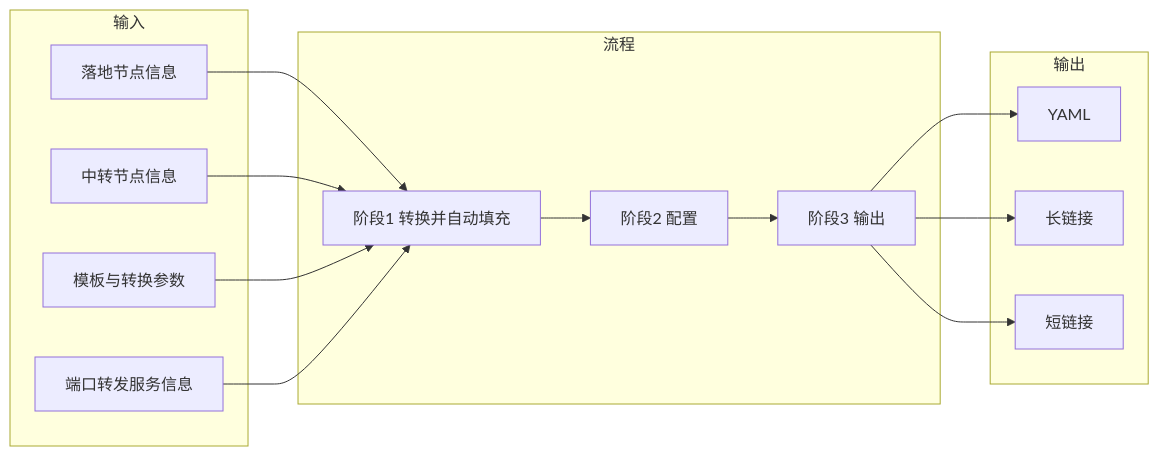
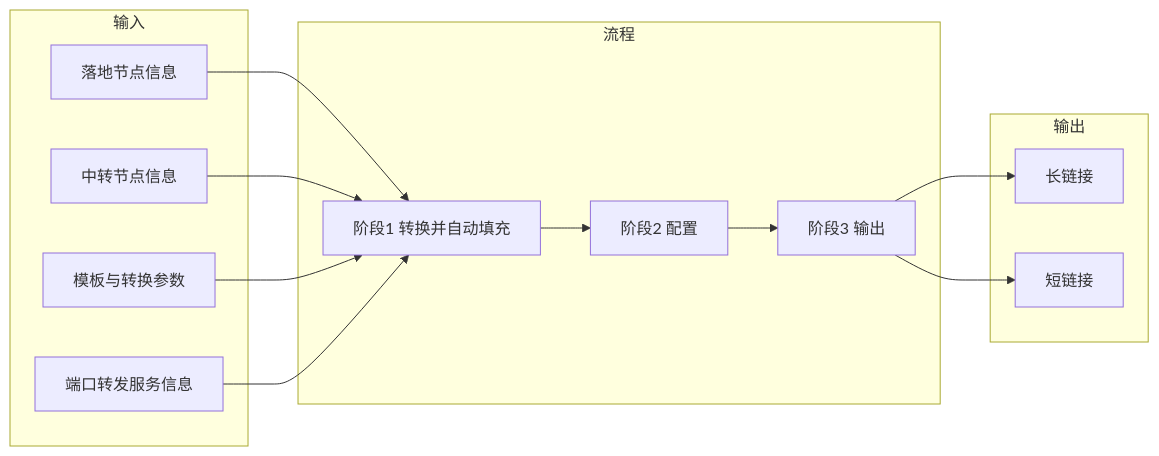
The diagram in docs/spec/01-overview.md (slackworker/chain-subconverter), drawn with Mermaid before and after one commit. The commit also changed other lines of this file and 2 other files, not shown here.

Commit message:
docs: update specifications to clarify output handling and remove YAML display in phase 3

````diff
--- a/docs/spec/01-overview.md
+++ b/docs/spec/01-overview.md
@@ -23,31 +23,29 @@
 ```mermaid
 flowchart LR
   subgraph Input[输入]
     L[落地节点信息]
     T[中转节点信息]
     O[模板与转换参数]
     F[端口转发服务信息]
   end
 
   subgraph Flow[流程]
     C[阶段1 转换并自动填充]
     S[阶段2 配置]
     G[阶段3 输出]
   end
 
   subgraph Output[输出]
-    Y[YAML]
     U[长链接]
     SU[短链接]
   end
 
   L --> C
   T --> C
   O --> C
   F --> C
   C --> S
   S --> G
-  G --> Y
   G --> U
   G --> SU
 ```
````
